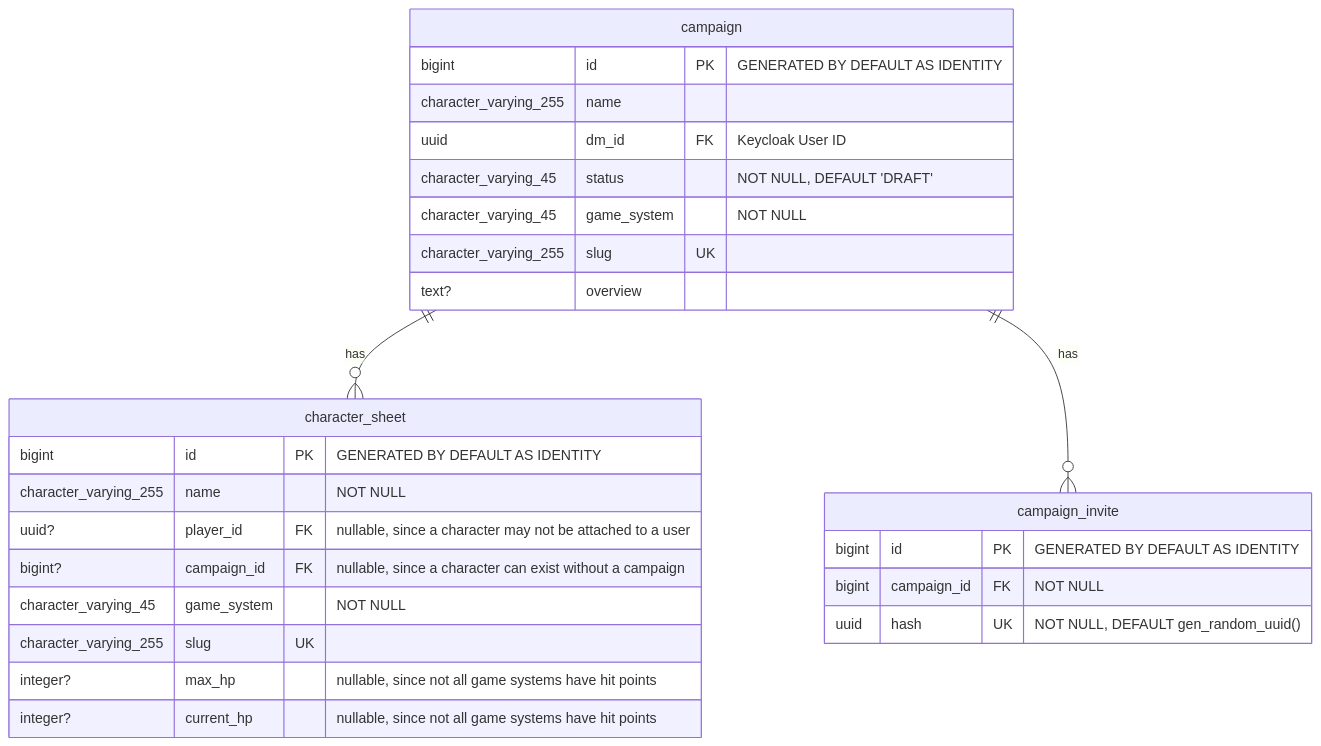
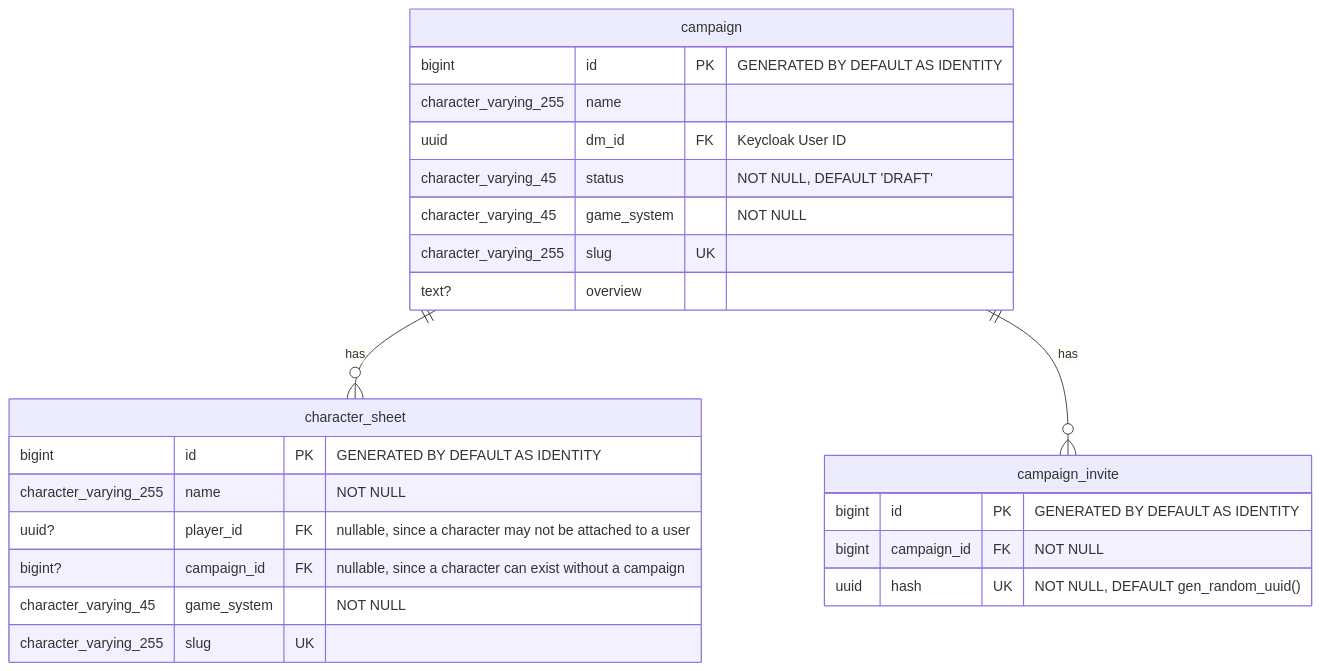
Before and after one commit to hannaBanannaOF/questmaster-core: the diagram in README.md, drawn with Mermaid. The commit also changed other lines of this file and 57 other files, not shown here.

First line of the commit message:
Remove hit points from the core

````diff
--- a/README.md
+++ b/README.md
@@ -58,32 +59,30 @@
 ```mermaid
 erDiagram
     campaign {
         bigint id PK "GENERATED BY DEFAULT AS IDENTITY"
         character_varying_255 name
         uuid dm_id FK "Keycloak User ID"
         character_varying_45 status "NOT NULL, DEFAULT 'DRAFT'"
         character_varying_45 game_system "NOT NULL"
         character_varying_255 slug UK
         text? overview
     }
 
     character_sheet {
         bigint id PK "GENERATED BY DEFAULT AS IDENTITY"
         character_varying_255 name "NOT NULL"
         uuid? player_id FK "nullable, since a character may not be attached to a user"
         bigint? campaign_id FK "nullable, since a character can exist without a campaign"
         character_varying_45 game_system "NOT NULL"
         character_varying_255 slug UK
-        integer? max_hp "nullable, since not all game systems have hit points"
-        integer? current_hp "nullable, since not all game systems have hit points"
     }
 
     campaign_invite {
         bigint id PK "GENERATED BY DEFAULT AS IDENTITY"
         bigint campaign_id FK "NOT NULL"
         uuid hash UK "NOT NULL, DEFAULT gen_random_uuid()"
     }
 
     campaign ||--o{ character_sheet : "has"
     campaign ||--o{ campaign_invite : "has"
 ```
````
